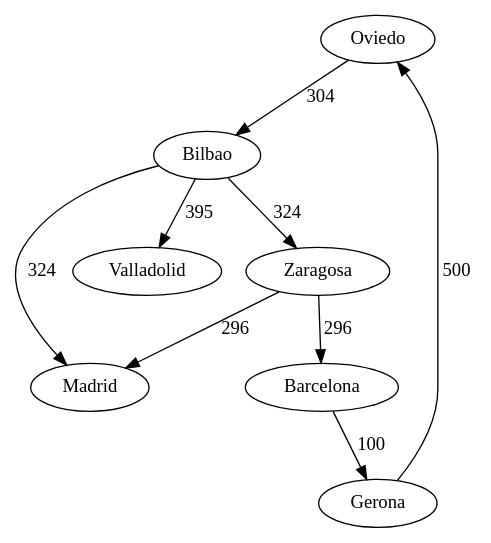
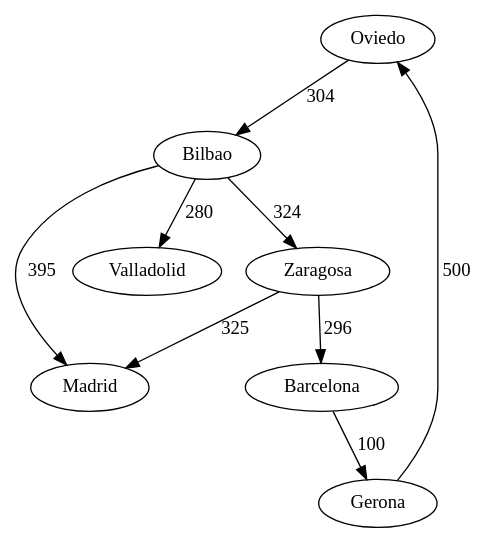
One commit to Sergio-Sebastian/-EDD-Proyecto2_Junio2020_201709159 changed the diagram in [EDD]Proyecto2_Junio2020/Grafo.dot. Above: the diagram before and after it, drawn with Graphviz. The commit also changed 52 other files, not shown here.

```diff
--- a/[EDD]Proyecto2_Junio2020/Grafo.dot
+++ b/[EDD]Proyecto2_Junio2020/Grafo.dot
@@ -1,11 +1,11 @@
 digraph G {
 "Oviedo"->"Bilbao"[label=304];
 "Bilbao"->"Zaragosa"[label=324];
-"Bilbao"->"Madrid"[label=324];
-"Bilbao"->"Valladolid"[label=395];
+"Bilbao"->"Madrid"[label=395];
+"Bilbao"->"Valladolid"[label=280];
 "Zaragosa"->"Barcelona"[label=296];
-"Zaragosa"->"Madrid"[label=296];
+"Zaragosa"->"Madrid"[label=325];
 "Barcelona"->"Gerona"[label=100];
 "Gerona"->"Oviedo"[label=500];
 
 }
```
